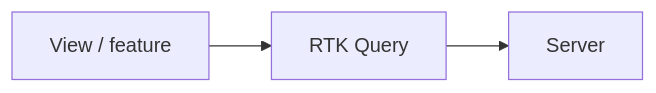
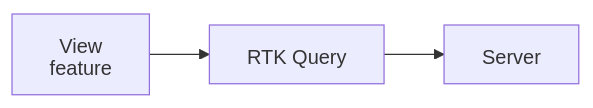
Before and after one commit to AndresTaoFlorez/software-architecture: the first of 3 diagrams in architecture/patterns/presentation/model-view-viewmodel/5-mvvm-in-react-redux.md, drawn with Mermaid. The commit also changed other lines of this file and 79 other files, not shown here.

````diff
--- a/architecture/patterns/presentation/model-view-viewmodel/5-mvvm-in-react-redux.md
+++ b/architecture/patterns/presentation/model-view-viewmodel/5-mvvm-in-react-redux.md
@@ -44,4 +62,5 @@
 ```mermaid
+%%{init: {"htmlLabels": false, "flowchart": {"htmlLabels": false, "nodeSpacing": 28, "rankSpacing": 48, "diagramPadding": 20, "wrappingWidth": 280}, "sequence": {"wrap": true, "diagramMarginX": 20, "diagramMarginY": 20}}}%%
 flowchart LR
-    V["View / feature"] --> Q["RTK Query"] --> S["Server"]
+    V["View<br/>feature"] --> Q["RTK Query"] --> S["Server"]
 ```
````
